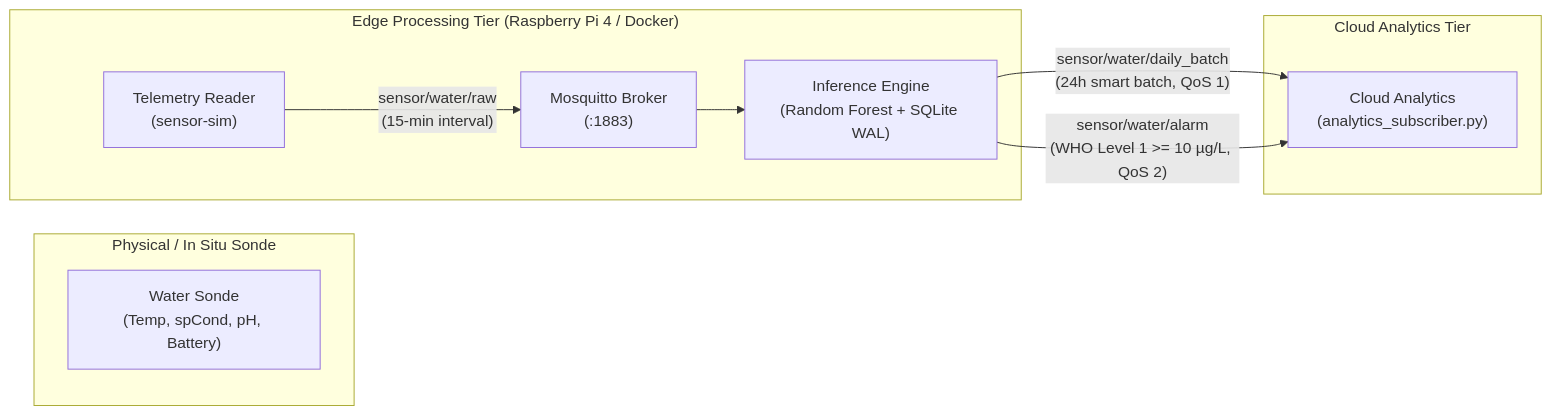
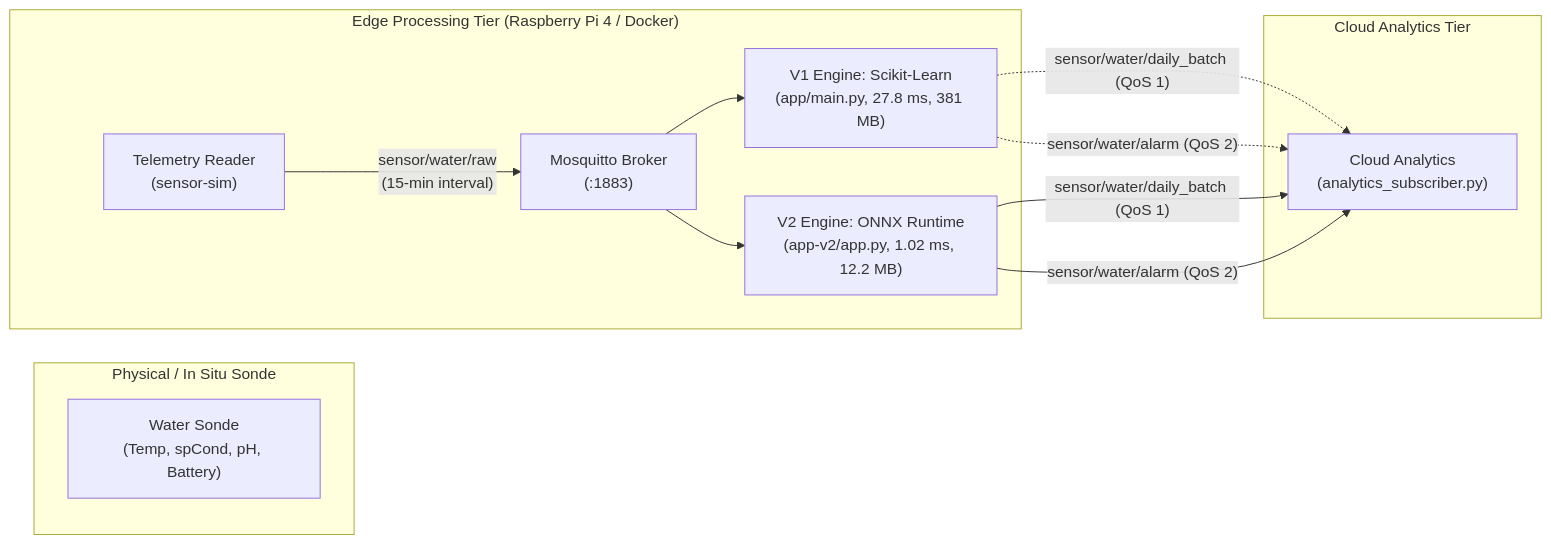
The diagram in README.md (GuilloGit/chlorophyll-soft-sensor-edge-iot), drawn with Mermaid before and after one commit. The commit also changed other lines of this file and 35 other files, not shown here.

Commit message:
feat: establish v2 edge system architecture, OTA update validation,

````diff
--- a/README.md
+++ b/README.md
@@ -12,22 +12,26 @@
 ```mermaid
 flowchart LR
     subgraph SENSORS["Physical / In Situ Sonde"]
         EXO["Water Sonde\n(Temp, spCond, pH, Battery)"]
     end
 
     subgraph EDGE["Edge Processing Tier (Raspberry Pi 4 / Docker)"]
         SIM["Telemetry Reader\n(sensor-sim)"]
         BROKER["Mosquitto Broker\n(:1883)"]
-        APP["Inference Engine\n(Random Forest + SQLite WAL)"]
+        APP1["V1 Engine: Scikit-Learn\n(app/main.py, 27.8 ms, 381 MB)"]
+        APP2["V2 Engine: ONNX Runtime\n(app-v2/app.py, 1.02 ms, 12.2 MB)"]
         
         SIM -->|"sensor/water/raw\n(15-min interval)"| BROKER
-        BROKER --> APP
+        BROKER --> APP1
+        BROKER --> APP2
     end
 
     subgraph CLOUD["Cloud Analytics Tier"]
         SUBSCRIBER["Cloud Analytics\n(analytics_subscriber.py)"]
     end
 
-    APP -->|"sensor/water/daily_batch\n(24h smart batch, QoS 1)"| SUBSCRIBER
-    APP -->|"sensor/water/alarm\n(WHO Level 1 >= 10 µg/L, QoS 2)"| SUBSCRIBER
+    APP1 -.->|"sensor/water/daily_batch (QoS 1)"| SUBSCRIBER
+    APP2 -->|"sensor/water/daily_batch (QoS 1)"| SUBSCRIBER
+    APP1 -.->|"sensor/water/alarm (QoS 2)"| SUBSCRIBER
+    APP2 -->|"sensor/water/alarm (QoS 2)"| SUBSCRIBER
 ```
````
